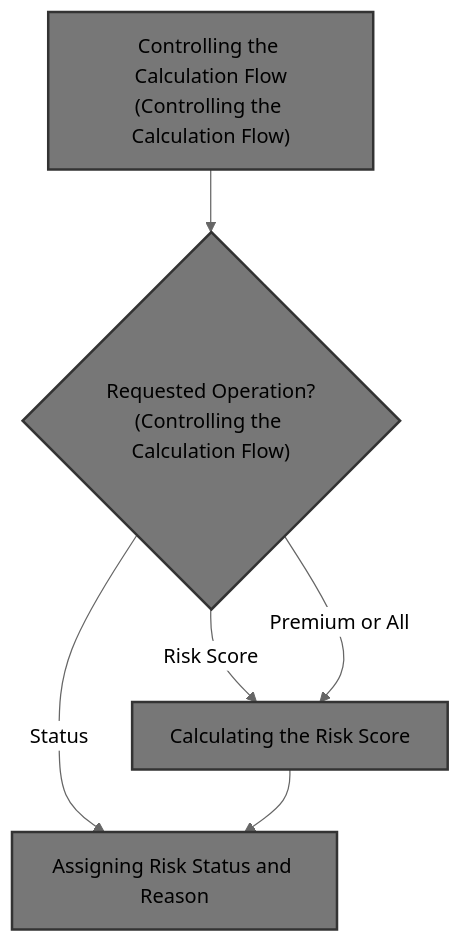
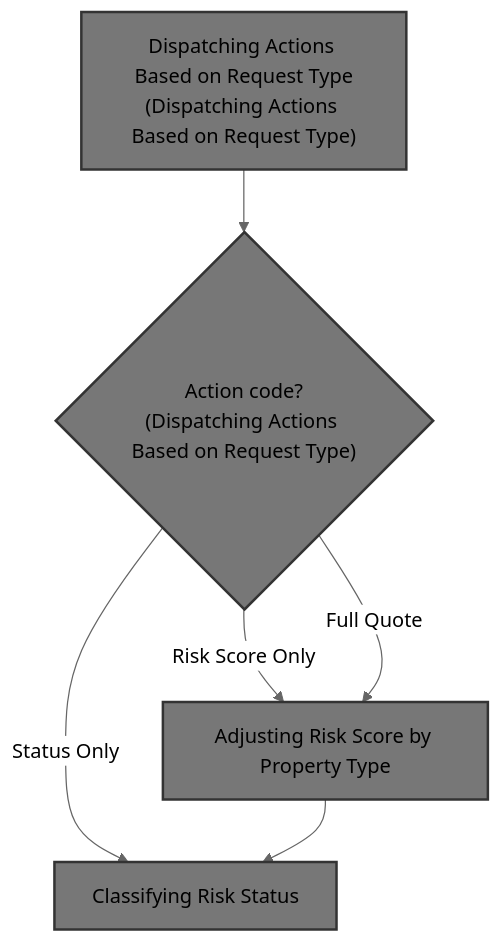
Before and after one commit to Giri-Swimm/Swimmio-genapp-motor: the diagram in .swm/risk-assessment-and-premium-calculation-lgpcalc1-overview.a7vdekvv.sw.md, drawn with Mermaid (neutral theme). The commit also changed other lines of this file and 21 other files, not shown here.

````diff
--- a/.swm/risk-assessment-and-premium-calculation-lgpcalc1-overview.a7vdekvv.sw.md
+++ b/.swm/risk-assessment-and-premium-calculation-lgpcalc1-overview.a7vdekvv.sw.md
@@ -8,15 +8,16 @@
 ```mermaid
 flowchart TD
-    node1["Controlling the Calculation Flow
-(Controlling the Calculation Flow)"]:::HeadingStyle --> node2{"Requested Operation?
-(Controlling the Calculation Flow)"}:::HeadingStyle
-    click node1 goToHeading "Controlling the Calculation Flow"
-    click node2 goToHeading "Controlling the Calculation Flow"
-    node2 -->|"Risk Score"| node3["Calculating the Risk Score"]:::HeadingStyle
-    click node3 goToHeading "Calculating the Risk Score"
-    node2 -->|"Status"| node4["Assigning Risk Status and Reason"]:::HeadingStyle
-    click node4 goToHeading "Assigning Risk Status and Reason"
-    node2 -->|"Premium or All"| node3
+    node1["Dispatching Actions Based on Request Type
+(Dispatching Actions Based on Request Type)"]:::HeadingStyle --> node2{"Action code?
+(Dispatching Actions Based on Request Type)"}:::HeadingStyle
+    click node1 goToHeading "Dispatching Actions Based on Request Type"
+    node2 -->|"Risk Score Only"| node3["Adjusting Risk Score by Property Type"]:::HeadingStyle
+    node2 -->|"Status Only"| node4["Classifying Risk Status"]:::HeadingStyle
+    node2 -->|"Full Quote"| node3
     node3 --> node4
+
+    click node2 goToHeading "Dispatching Actions Based on Request Type"
+    click node3 goToHeading "Adjusting Risk Score by Property Type"
+    click node4 goToHeading "Classifying Risk Status"
 classDef HeadingStyle fill:#777777,stroke:#333,stroke-width:2px;
 ```
````
